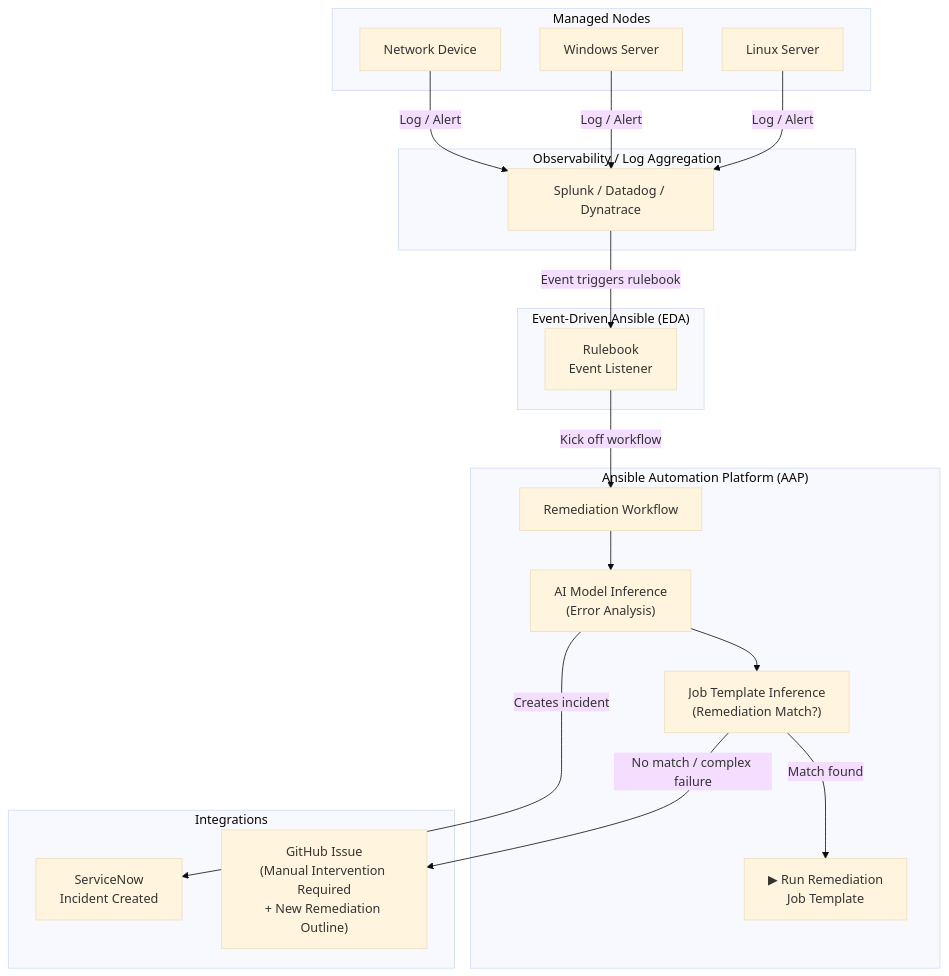
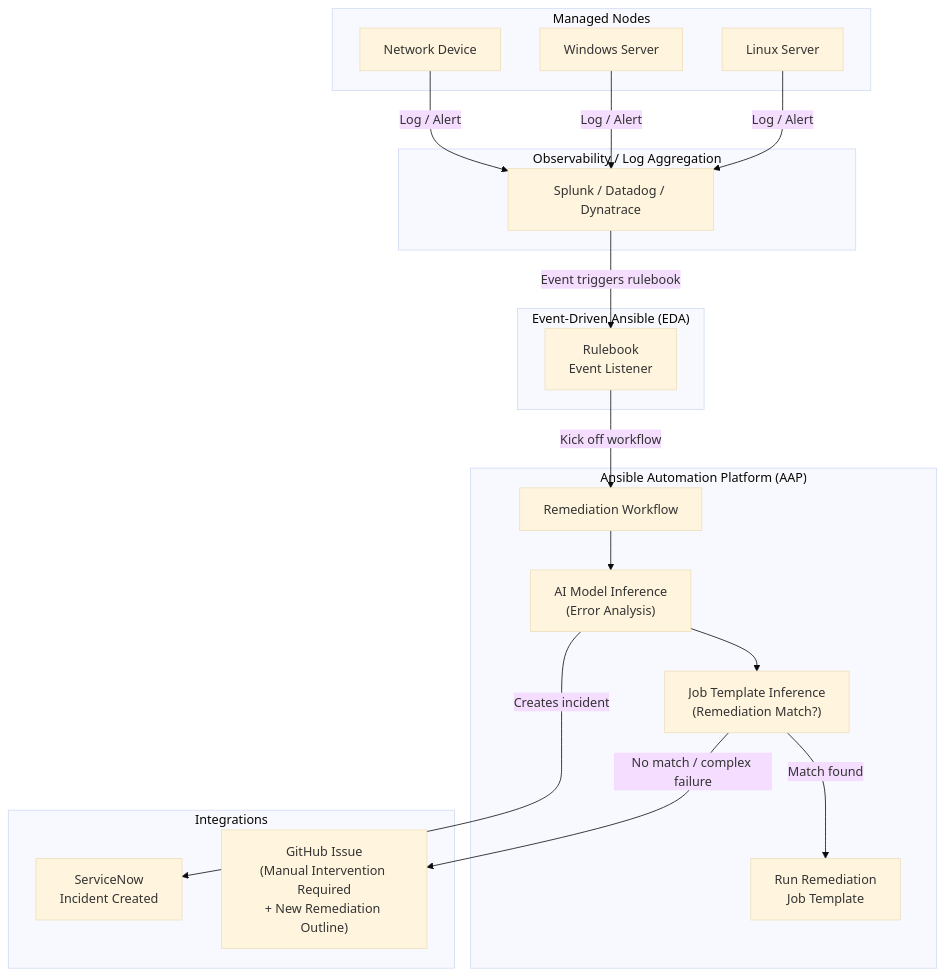
The diagram in README.md (BBGrimmett2/Ansible-Demo-AIOps), drawn with Mermaid (base theme) before and after one commit.

Commit message:
Update remediation workflow label in README.md for clarity

````diff
--- a/README.md
+++ b/README.md
@@ -25,42 +25,42 @@
 ```mermaid
 flowchart TD
     subgraph managed["Managed Nodes"]
         LX["Linux Server"]
         WIN["Windows Server"]
         NET["Network Device"]
     end
 
     subgraph observability["Observability / Log Aggregation"]
         OBS["Splunk / Datadog / Dynatrace"]
     end
 
     subgraph eda["Event-Driven Ansible (EDA)"]
         RULEBOOK["Rulebook\nEvent Listener"]
     end
 
     subgraph aap["Ansible Automation Platform (AAP)"]
         WF["Remediation Workflow"]
         AI["AI Model Inference\n(Error Analysis)"]
         JT["Job Template Inference\n(Remediation Match?)"]
-        REM["▶ Run Remediation\nJob Template"]
+        REM["Run Remediation\nJob Template"]
     end
 
     subgraph integrations["Integrations"]
         SNOW["ServiceNow\nIncident Created"]
         GH["GitHub Issue\n(Manual Intervention Required\n+ New Remediation Outline)"]
     end
 
     LX -->|Log / Alert| OBS
     WIN -->|Log / Alert| OBS
     NET -->|Log / Alert| OBS
 
     OBS -->|Event triggers rulebook| RULEBOOK
     RULEBOOK -->|Kick off workflow| WF
 
     WF --> AI
     AI -->|Creates incident| SNOW
     AI --> JT
 
     JT -->|Match found| REM
     JT -->|No match / complex failure| GH
 ```
````
